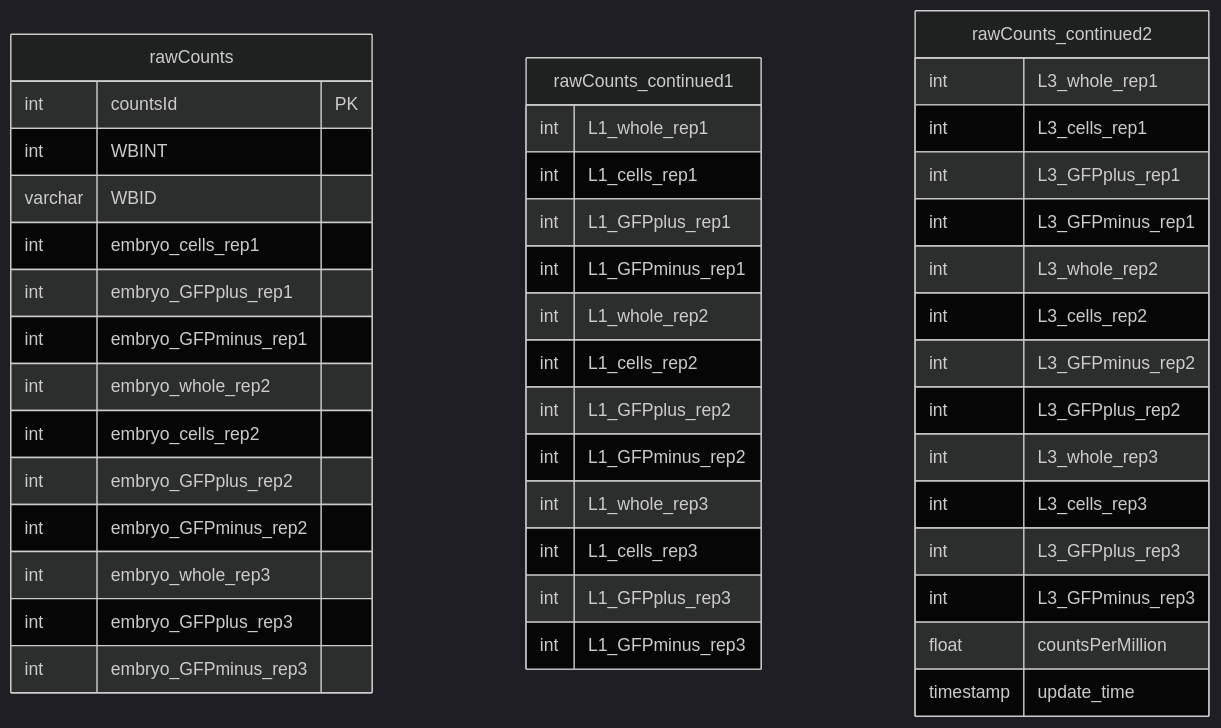
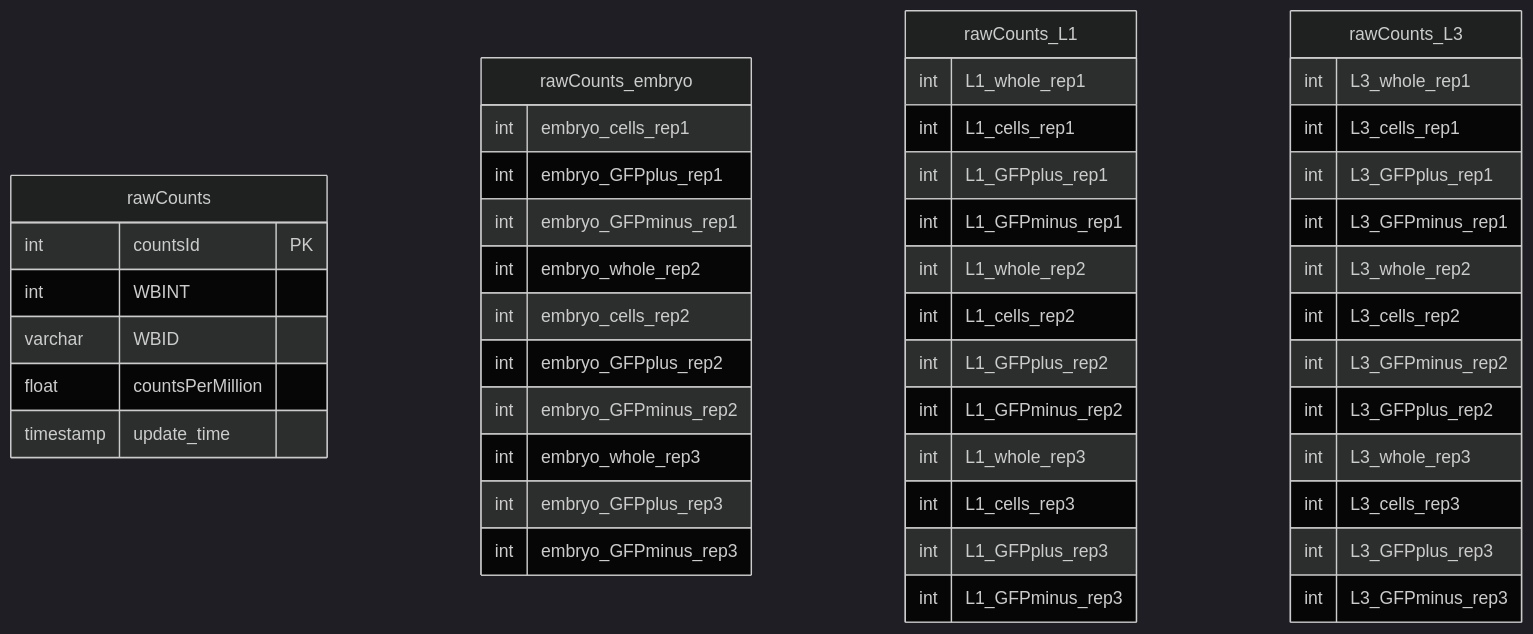
The third of 7 diagrams in README.md (meekrob/OnishRDB), drawn with Mermaid (dark theme) before and after one commit. The commit also changed other lines of this file, not shown here.

````diff
--- a/README.md
+++ b/README.md
@@ -223,51 +225,54 @@
 ```mermaid
 erDiagram
 
 rawCounts {
 int countsId PK
 int WBINT
 varchar WBID
+float countsPerMillion
+timestamp update_time
+}
+
+rawCounts_embryo {
 int embryo_cells_rep1
 int embryo_GFPplus_rep1
 int embryo_GFPminus_rep1
 int embryo_whole_rep2
 int embryo_cells_rep2
 int embryo_GFPplus_rep2
 int embryo_GFPminus_rep2
 int embryo_whole_rep3
 int embryo_GFPplus_rep3
 int embryo_GFPminus_rep3
 }
 
-rawCounts_continued1 {
+rawCounts_L1 {
 int L1_whole_rep1
 int L1_cells_rep1
 int L1_GFPplus_rep1
 int L1_GFPminus_rep1
 int L1_whole_rep2
 int L1_cells_rep2
 int L1_GFPplus_rep2
 int L1_GFPminus_rep2
 int L1_whole_rep3
 int L1_cells_rep3
 int L1_GFPplus_rep3
 int L1_GFPminus_rep3
 }
 
-rawCounts_continued2 {
+rawCounts_L3 {
 int L3_whole_rep1
 int L3_cells_rep1
 int L3_GFPplus_rep1
 int L3_GFPminus_rep1
 int L3_whole_rep2
 int L3_cells_rep2
 int L3_GFPminus_rep2
 int L3_GFPplus_rep2
 int L3_whole_rep3
 int L3_cells_rep3
 int L3_GFPplus_rep3
 int L3_GFPminus_rep3
-float countsPerMillion
-timestamp update_time
 }
 ```
````
